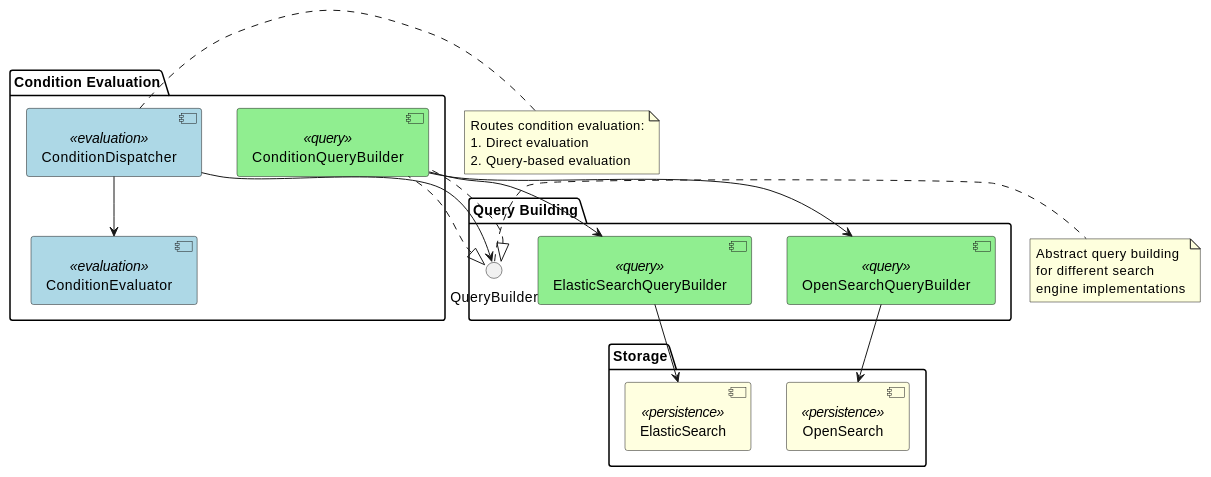
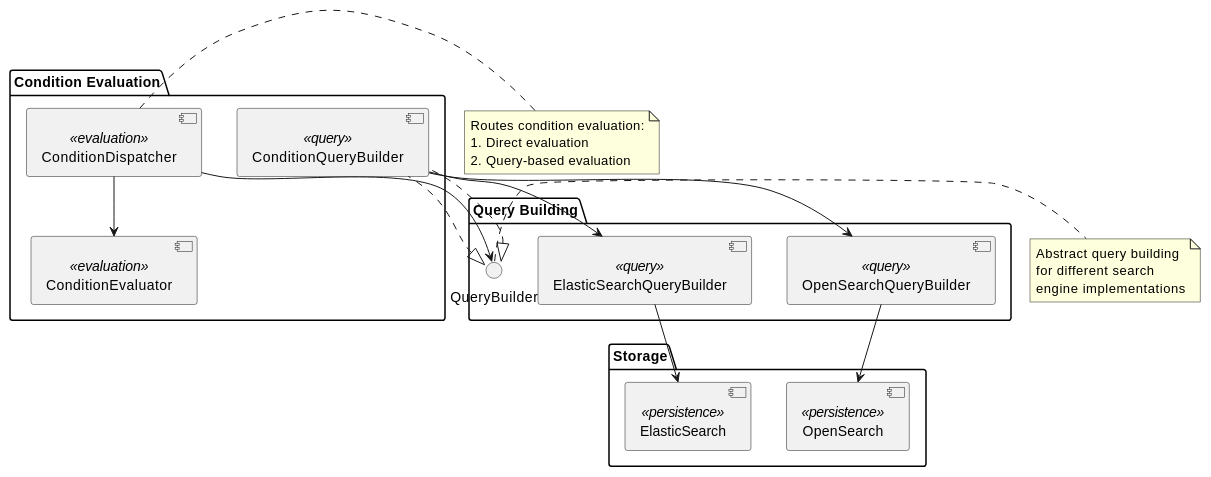
One commit to apache/unomi changed the diagram in manual/src/main/asciidoc/condition-evaluation.adoc. Above: the diagram before and after it, drawn with PlantUML. The commit also changed 16 other files, not shown here.

First line of the commit message:
docs: brand PlantUML diagrams with Unomi theme colors

```diff
--- a/manual/src/main/asciidoc/condition-evaluation.adoc
+++ b/manual/src/main/asciidoc/condition-evaluation.adoc
@@ -25,53 +25,48 @@
 [plantuml]
 ----
 @startuml
 skinparam componentStyle uml2
-skinparam component {
-  BackgroundColor<<evaluation>> LightBlue
-  BackgroundColor<<query>> LightGreen
-  BackgroundColor<<persistence>> LightYellow
-}
 
 package "Condition Evaluation" {
   [ConditionDispatcher] <<evaluation>>
   [ConditionEvaluator] <<evaluation>>
   [ConditionQueryBuilder] <<query>>
   [ConditionQueryBuilder] <<query>>
 }
 
 package "Query Building" {
   interface "QueryBuilder" as QB
   [ElasticSearchQueryBuilder] <<query>>
   [OpenSearchQueryBuilder] <<query>>
 }
 
 package "Storage" {
   [ElasticSearch] <<persistence>>
   [OpenSearch] <<persistence>>
 }
 
 [ConditionDispatcher] --> [ConditionEvaluator]
 [ConditionDispatcher] --> QB
 
 QB <|.. [ConditionQueryBuilder]
 QB <|.. [ConditionQueryBuilder]
 
 [ConditionQueryBuilder] --> [ElasticSearchQueryBuilder]
 [ConditionQueryBuilder] --> [OpenSearchQueryBuilder]
 
 [ElasticSearchQueryBuilder] --> [ElasticSearch]
 [OpenSearchQueryBuilder] --> [OpenSearch]
 
 note right of [ConditionDispatcher]
   Routes condition evaluation:
   1. Direct evaluation
   2. Query-based evaluation
 end note
 
 note right of QB
   Abstract query building
   for different search
   engine implementations
 end note
 @enduml
 ----
```
